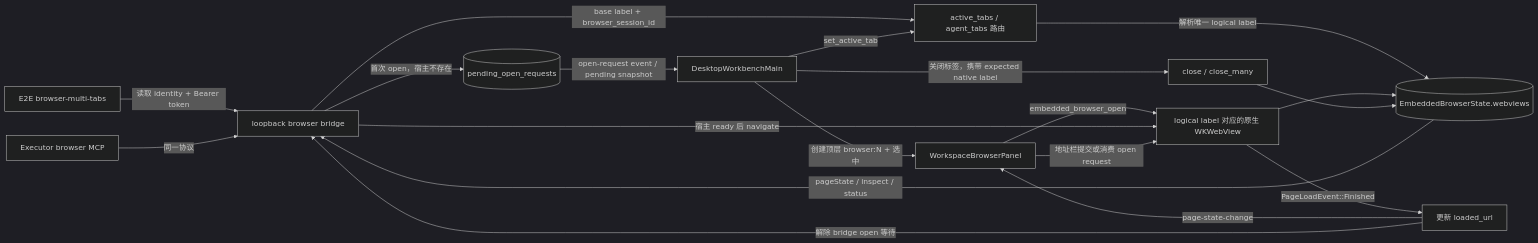
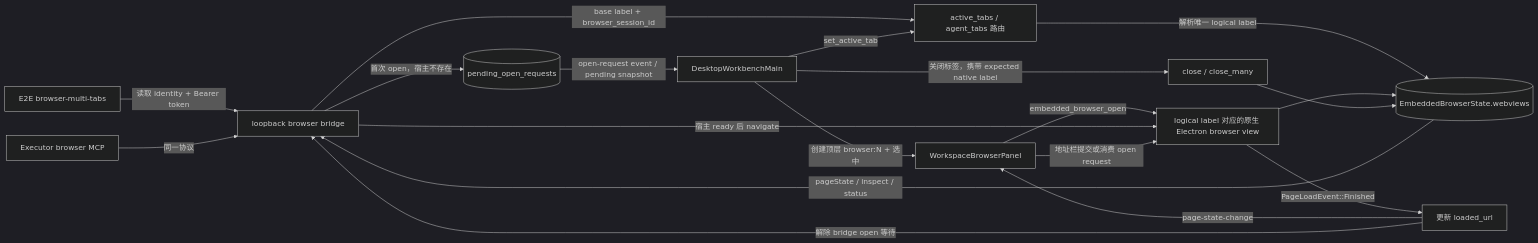
One commit to wecode-ai/wegent-docs changed the first of 2 diagrams in i18n/zh/docusaurus-plugin-content-docs/current/wework/developer-guide/wework-embedded-browser.md. Above: the diagram before and after it, drawn with Mermaid (dark theme). The commit also changed other lines of this file and 49 other files, not shown here.

````diff
--- a/i18n/zh/docusaurus-plugin-content-docs/current/wework/developer-guide/wework-embedded-browser.md
+++ b/i18n/zh/docusaurus-plugin-content-docs/current/wework/developer-guide/wework-embedded-browser.md
@@ -27,24 +27,24 @@
 ```mermaid
 flowchart LR
     E2E[E2E browser-multi-tabs] -->|读取 identity + Bearer token| BRIDGE[loopback browser bridge]
     MCP[Executor browser MCP] -->|同一协议| BRIDGE
     BRIDGE -->|base label + browser_session_id| ROUTE[active_tabs / agent_tabs 路由]
     ROUTE -->|解析唯一 logical label| ENTRY[(EmbeddedBrowserState.webviews)]
 
     BRIDGE -->|首次 open，宿主不存在| PENDING[(pending_open_requests)]
     PENDING -->|open-request event / pending snapshot| MAIN[DesktopWorkbenchMain]
     MAIN -->|创建顶层 browser:N + 选中| PANEL[WorkspaceBrowserPanel]
-    PANEL -->|embedded_browser_open| NATIVE[logical label 对应的原生 WKWebView]
+    PANEL -->|embedded_browser_open| NATIVE[logical label 对应的原生 Electron browser view]
     NATIVE --> ENTRY
 
     BRIDGE -->|宿主 ready 后 navigate| NATIVE
     PANEL -->|地址栏提交或消费 open request| NATIVE
     NATIVE -->|PageLoadEvent::Finished| LOAD[更新 loaded_url]
     LOAD -->|page-state-change| PANEL
     LOAD -->|解除 bridge open 等待| BRIDGE
 
     MAIN -->|set_active_tab| ROUTE
     MAIN -->|关闭标签，携带 expected native label| CLOSE[close / close_many]
     CLOSE --> ENTRY
     ENTRY -->|pageState / inspect / status| BRIDGE
 ```
````
